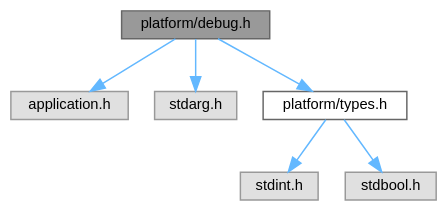
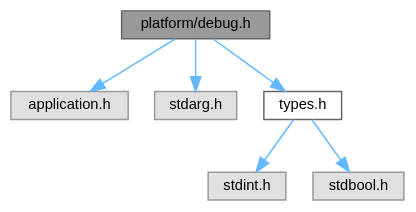
Before and after one commit to ebs-universe/piolib-platform: the diagram in debug_8h__incl.dot, drawn with Graphviz. The commit also changed 80 other files, not shown here.

```diff
--- a/debug_8h__incl.dot
+++ b/debug_8h__incl.dot
@@ -1,19 +1,19 @@
 digraph "platform/debug.h"
 {
  // INTERACTIVE_SVG=YES
  // LATEX_PDF_SIZE
   bgcolor="transparent";
   edge [fontname=Helvetica,fontsize=10,labelfontname=Helvetica,labelfontsize=10];
   node [fontname=Helvetica,fontsize=10,shape=box,height=0.2,width=0.4];
   Node1 [id="Node000001",label="platform/debug.h",height=0.2,width=0.4,color="gray40", fillcolor="grey60", style="filled", fontcolor="black",tooltip=" "];
   Node1 -> Node2 [id="edge1_Node000001_Node000002",color="steelblue1",style="solid",tooltip=" "];
   Node2 [id="Node000002",label="application.h",height=0.2,width=0.4,color="grey60", fillcolor="#E0E0E0", style="filled",tooltip=" "];
   Node1 -> Node3 [id="edge2_Node000001_Node000003",color="steelblue1",style="solid",tooltip=" "];
   Node3 [id="Node000003",label="stdarg.h",height=0.2,width=0.4,color="grey60", fillcolor="#E0E0E0", style="filled",tooltip=" "];
   Node1 -> Node4 [id="edge3_Node000001_Node000004",color="steelblue1",style="solid",tooltip=" "];
-  Node4 [id="Node000004",label="platform/types.h",height=0.2,width=0.4,color="grey40", fillcolor="white", style="filled",URL="$types_8h.html",tooltip=" "];
+  Node4 [id="Node000004",label="types.h",height=0.2,width=0.4,color="grey40", fillcolor="white", style="filled",URL="$types_8h.html",tooltip=" "];
   Node4 -> Node5 [id="edge4_Node000004_Node000005",color="steelblue1",style="solid",tooltip=" "];
   Node5 [id="Node000005",label="stdint.h",height=0.2,width=0.4,color="grey60", fillcolor="#E0E0E0", style="filled",tooltip=" "];
   Node4 -> Node6 [id="edge5_Node000004_Node000006",color="steelblue1",style="solid",tooltip=" "];
   Node6 [id="Node000006",label="stdbool.h",height=0.2,width=0.4,color="grey60", fillcolor="#E0E0E0", style="filled",tooltip=" "];
 }
```
